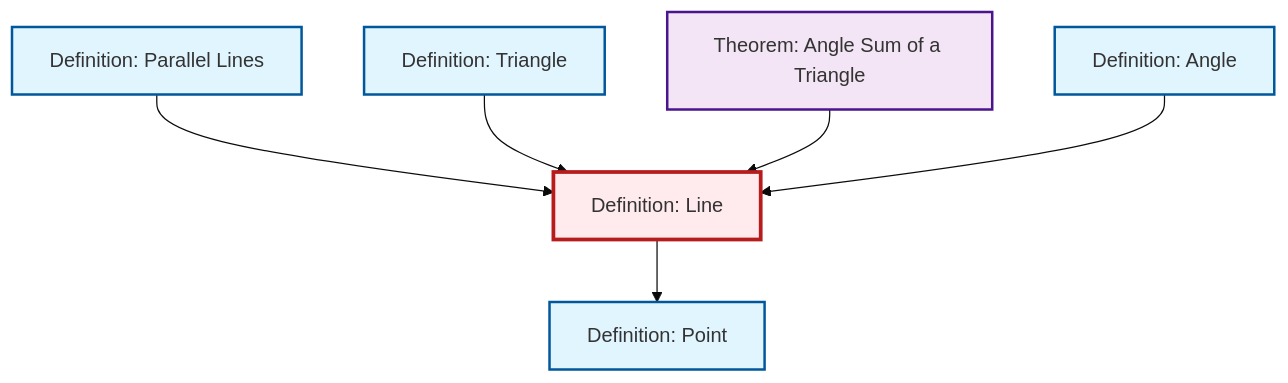
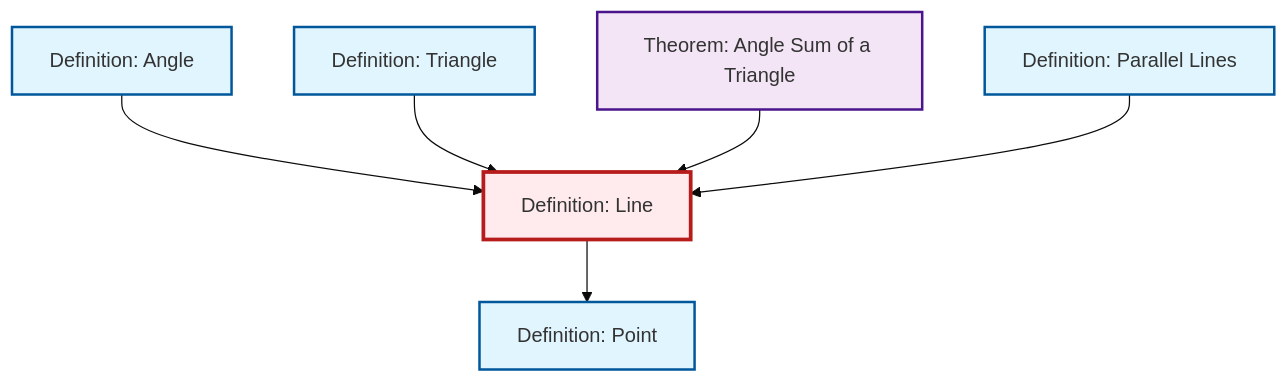
The diagram in content/ja/geometry/def-line.qmd (RK0429/ModernMath), drawn with Mermaid (base theme) before and after one commit. The commit also changed other lines of this file and 530 other files, not shown here.

````diff
--- a/content/ja/geometry/def-line.qmd
+++ b/content/ja/geometry/def-line.qmd
@@ -46,26 +46,26 @@
 ```{mermaid}
 %%| fig-cap: "Local dependency graph"
 graph TD
     classDef definition fill:#e1f5fe,stroke:#01579b,stroke-width:2px
     classDef theorem fill:#f3e5f5,stroke:#4a148c,stroke-width:2px
     classDef axiom fill:#fff3e0,stroke:#e65100,stroke-width:2px
     classDef example fill:#e8f5e9,stroke:#1b5e20,stroke-width:2px
     classDef current fill:#ffebee,stroke:#b71c1c,stroke-width:3px
+    thm-angle-sum-triangle["Theorem: Angle Sum of a Triangle"]:::theorem
+    def-parallel["Definition: Parallel Lines"]:::definition
+    def-point["Definition: Point"]:::definition
+    def-triangle["Definition: Triangle"]:::definition
     def-line["Definition: Line"]:::definition
-    def-parallel["Definition: Parallel Lines"]:::definition
     def-angle["Definition: Angle"]:::definition
-    def-triangle["Definition: Triangle"]:::definition
-    thm-angle-sum-triangle["Theorem: Angle Sum of a Triangle"]:::theorem
-    def-point["Definition: Point"]:::definition
+    def-angle --> def-line
+    def-triangle --> def-line
+    thm-angle-sum-triangle --> def-line
     def-parallel --> def-line
     def-line --> def-point
-    def-triangle --> def-line
-    thm-angle-sum-triangle --> def-line
-    def-angle --> def-line
     class def-line current
+    click thm-angle-sum-triangle "thm-angle-sum-triangle.html" "Theorem: Angle Sum of a Triangleへ"
     click def-parallel "def-parallel.html" "Definition: Parallel Linesへ"
+    click def-point "def-point.html" "Definition: Pointへ"
+    click def-triangle "def-triangle.html" "Definition: Triangleへ"
     click def-angle "def-angle.html" "Definition: Angleへ"
-    click def-triangle "def-triangle.html" "Definition: Triangleへ"
-    click thm-angle-sum-triangle "thm-angle-sum-triangle.html" "Theorem: Angle Sum of a Triangleへ"
-    click def-point "def-point.html" "Definition: Pointへ"
 ```
````
